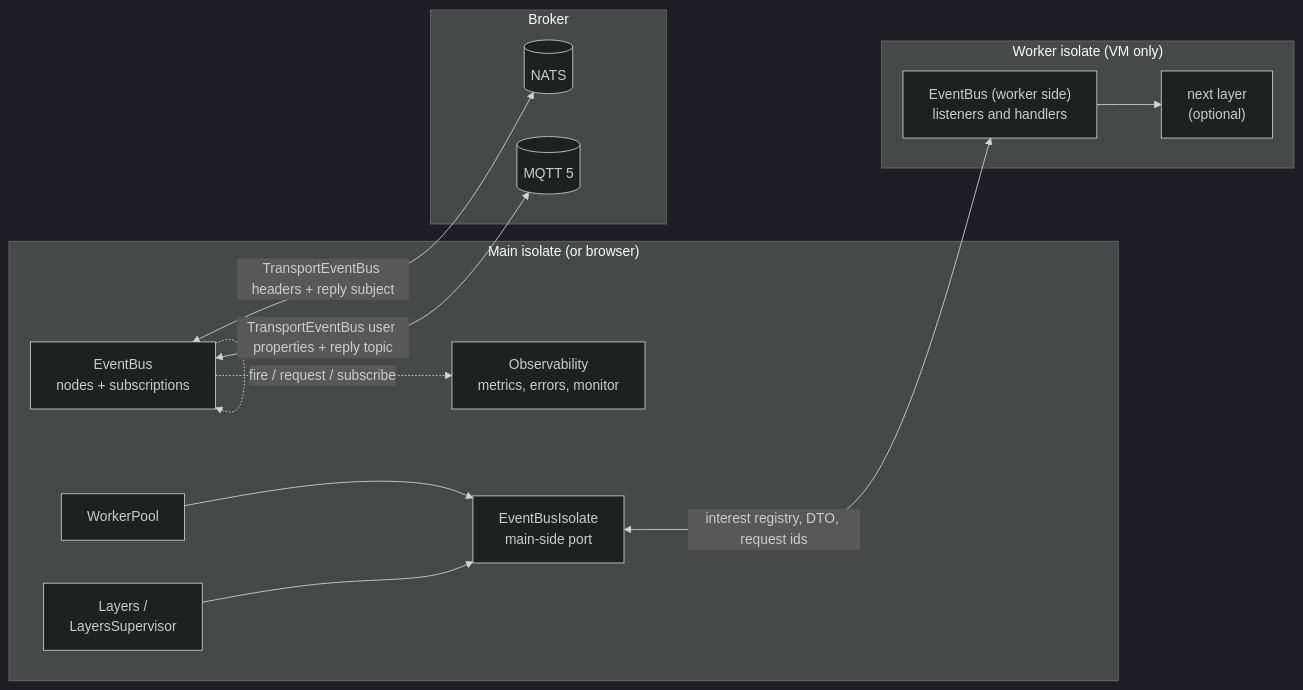
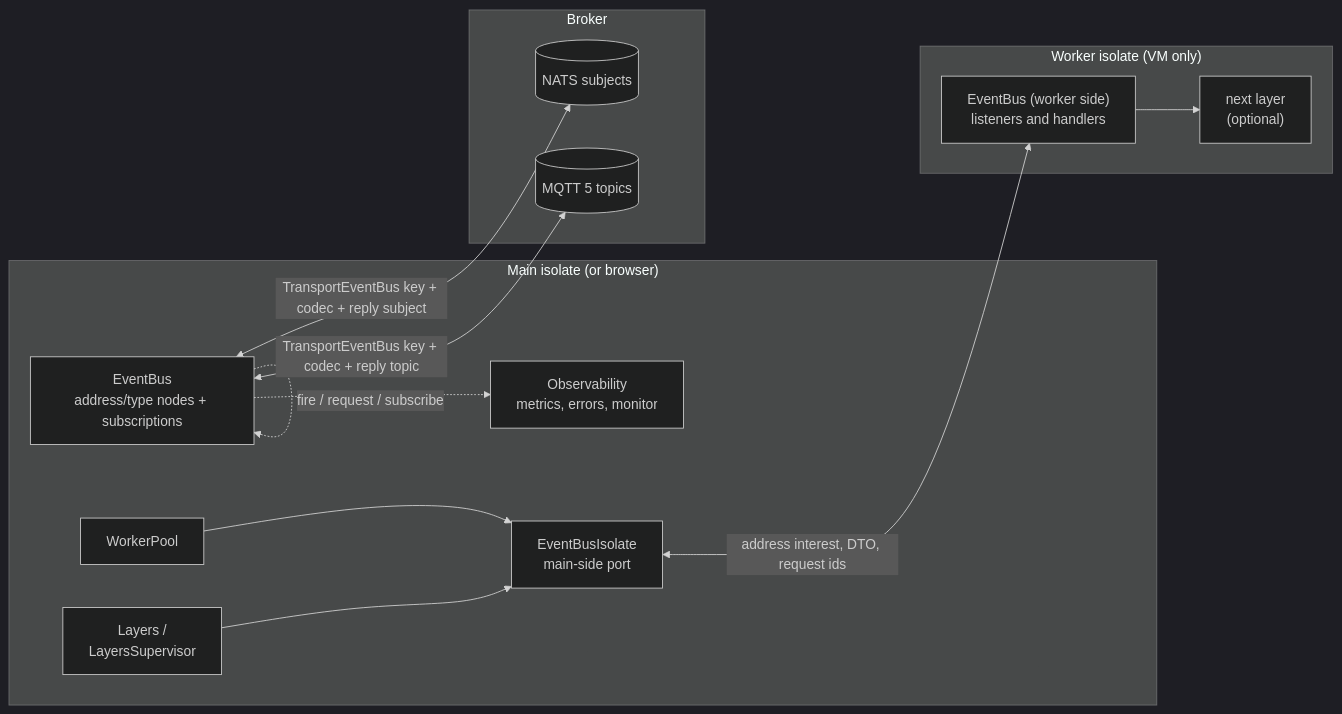
The second of 2 diagrams in doc/00-overview.md (Avataromvatar/event_bus_arch), drawn with Mermaid (dark theme) before and after one commit. The commit also changed other lines of this file and 80 other files, not shown here.

````diff
--- a/doc/00-overview.md
+++ b/doc/00-overview.md
@@ -111,29 +132,29 @@
 ```mermaid
 flowchart LR
     subgraph Main["Main isolate (or browser)"]
-        EB["EventBus<br/>nodes + subscriptions"]
+        EB["EventBus<br/>address/type nodes + subscriptions"]
         OBS["Observability<br/>metrics, errors, monitor"]
         ISO["EventBusIsolate<br/>main-side port"]
         POOL["WorkerPool"]
         LAYERS["Layers /<br/>LayersSupervisor"]
     end
 
     subgraph Worker["Worker isolate (VM only)"]
         WBus["EventBus (worker side)<br/>listeners and handlers"]
         WChild["next layer<br/>(optional)"]
         WBus --> WChild
     end
 
     subgraph Broker["Broker"]
-        NATS[("NATS")]
-        MQTT[("MQTT 5")]
+        NATS[("NATS subjects")]
+        MQTT[("MQTT 5 topics")]
     end
 
     EB -.->|fire / request / subscribe| EB
     EB -.-> OBS
-    ISO <-->|interest registry, DTO, request ids| WBus
+    ISO <-->|address interest, DTO, request ids| WBus
     POOL --> ISO
     LAYERS --> ISO
-    EB <-->|TransportEventBus headers + reply subject| NATS
-    EB <-->|TransportEventBus user properties + reply topic| MQTT
+    EB <-->|TransportEventBus key + codec + reply subject| NATS
+    EB <-->|TransportEventBus key + codec + reply topic| MQTT
 ```
````
